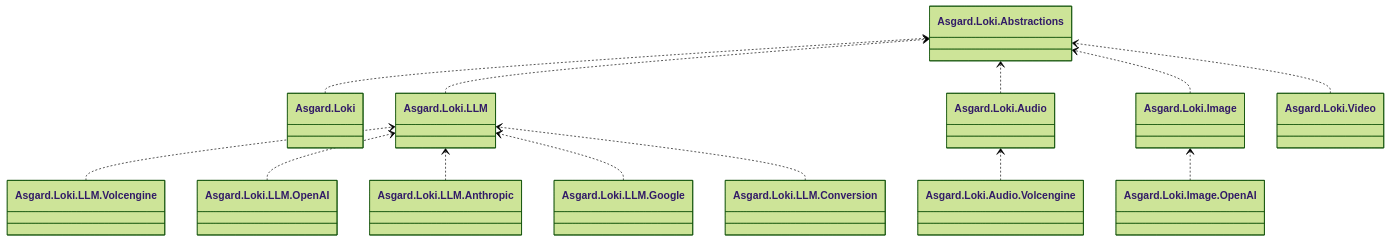
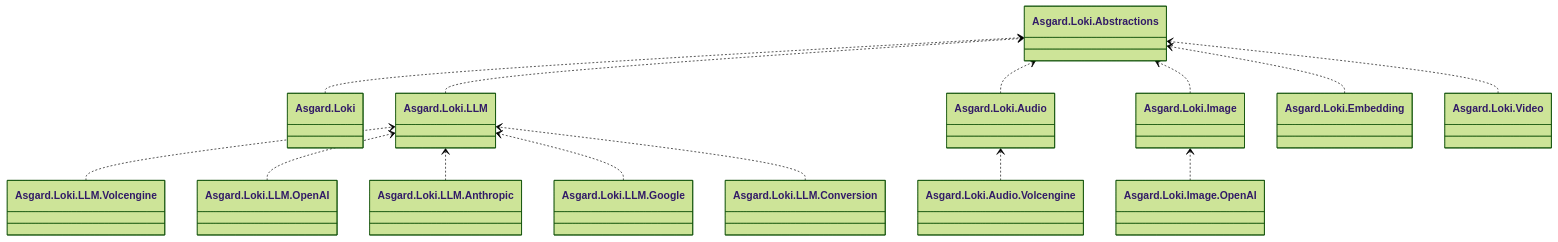
The first of 14 diagrams in docs/architecture.md (BenLampson/Asgard.Loki), drawn with Mermaid (forest theme) before and after one commit. The commit also changed other lines of this file and 26 other files, not shown here.

````diff
--- a/docs/architecture.md
+++ b/docs/architecture.md
@@ -9,29 +9,31 @@
 ```mermaid
 classDiagram
 direction BT
 class Abstractions["Asgard.Loki.Abstractions"]
 class Client["Asgard.Loki"]
 class LLM["Asgard.Loki.LLM"]
 class Audio["Asgard.Loki.Audio"]
 class Image["Asgard.Loki.Image"]
+class Embedding["Asgard.Loki.Embedding"]
 class Video["Asgard.Loki.Video"]
 class Ark["Asgard.Loki.LLM.Volcengine"]
 class OpenAILLM["Asgard.Loki.LLM.OpenAI"]
 class AnthropicLLM["Asgard.Loki.LLM.Anthropic"]
 class GoogleLLM["Asgard.Loki.LLM.Google"]
 class Conversion["Asgard.Loki.LLM.Conversion"]
 class Speech["Asgard.Loki.Audio.Volcengine"]
 class OpenAIImage["Asgard.Loki.Image.OpenAI"]
 Client ..> Abstractions
 LLM ..> Abstractions
 Audio ..> Abstractions
 Image ..> Abstractions
+Embedding ..> Abstractions
 Video ..> Abstractions
 Ark ..> LLM
 OpenAILLM ..> LLM
 AnthropicLLM ..> LLM
 GoogleLLM ..> LLM
 Conversion ..> LLM
 Speech ..> Audio
 OpenAIImage ..> Image
 ```
````
